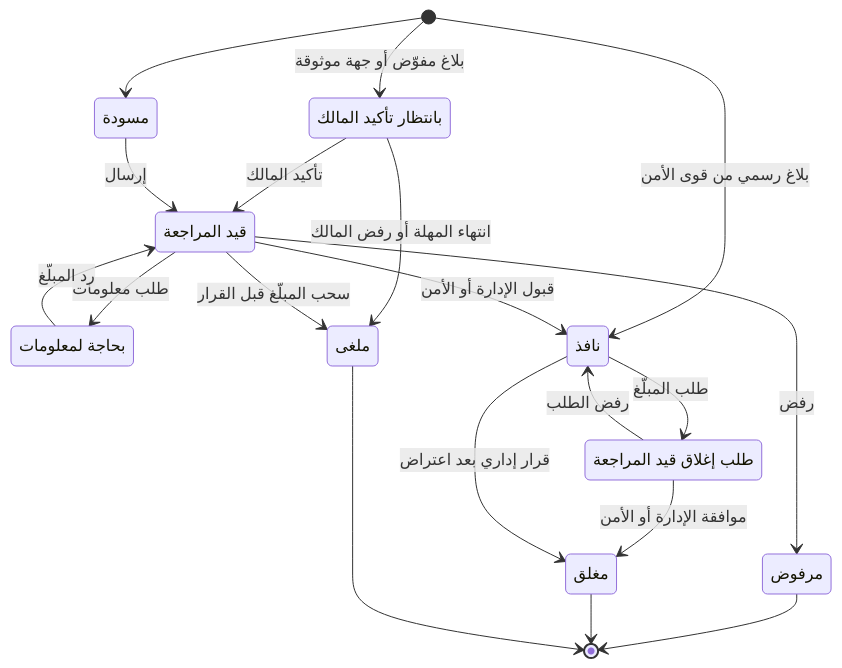
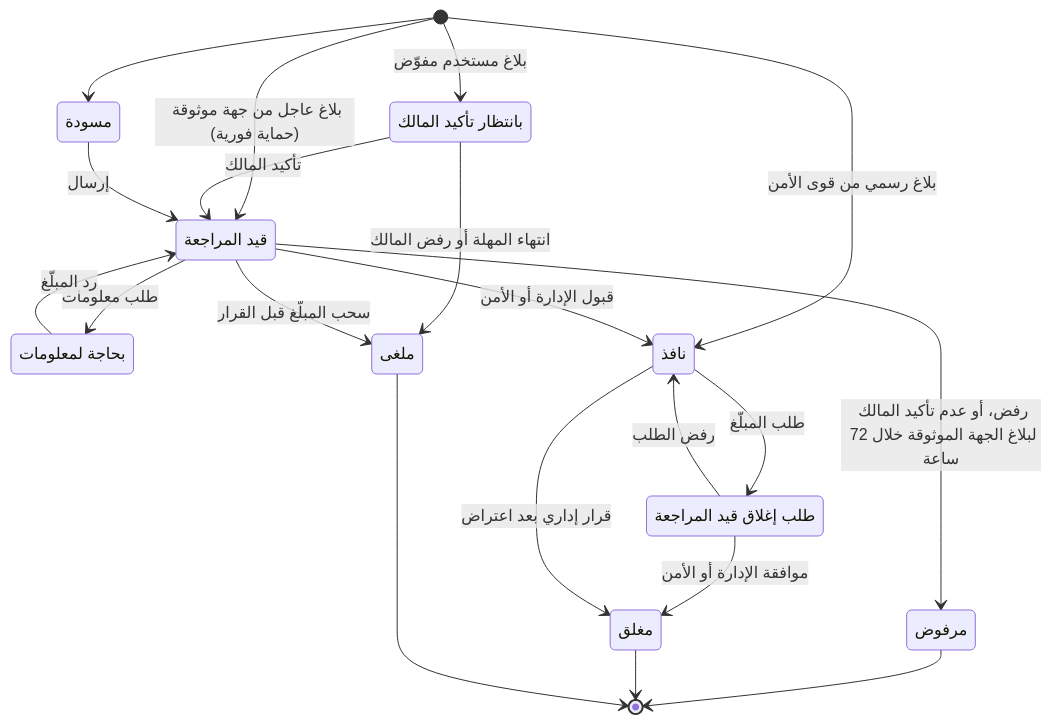
The diagram in docs/06-business-rules.md (servacode/imei), drawn with Mermaid before and after one commit. The commit also changed other lines of this file and 28 other files, not shown here.

````diff
--- a/docs/06-business-rules.md
+++ b/docs/06-business-rules.md
@@ -47,30 +47,31 @@
 ```mermaid
 stateDiagram-v2
     state "مسودة" as Draft
     state "قيد المراجعة" as Pending
     state "بحاجة لمعلومات" as NeedsInfo
     state "مرفوض" as Rejected
     state "نافذ" as Active
     state "طلب إغلاق قيد المراجعة" as ClosureRequested
     state "مغلق" as Closed
     state "بانتظار تأكيد المالك" as AwaitingOwner
     state "ملغى" as Cancelled
     [*] --> Draft
-    [*] --> AwaitingOwner: بلاغ مفوّض أو جهة موثوقة
+    [*] --> AwaitingOwner: بلاغ مستخدم مفوّض
+    [*] --> Pending: بلاغ عاجل من جهة موثوقة (حماية فورية)
     AwaitingOwner --> Pending: تأكيد المالك
     AwaitingOwner --> Cancelled: انتهاء المهلة أو رفض المالك
     Pending --> Cancelled: سحب المبلّغ قبل القرار
     [*] --> Active: بلاغ رسمي من قوى الأمن
     Draft --> Pending: إرسال
     Pending --> NeedsInfo: طلب معلومات
     NeedsInfo --> Pending: رد المبلّغ
-    Pending --> Rejected: رفض
+    Pending --> Rejected: رفض، أو عدم تأكيد المالك لبلاغ الجهة الموثوقة خلال 72 ساعة
     Pending --> Active: قبول الإدارة أو الأمن
     Active --> ClosureRequested: طلب المبلّغ
     ClosureRequested --> Active: رفض الطلب
     ClosureRequested --> Closed: موافقة الإدارة أو الأمن
     Active --> Closed: قرار إداري بعد اعتراض
     Rejected --> [*]
     Closed --> [*]
     Cancelled --> [*]
 ```
````
